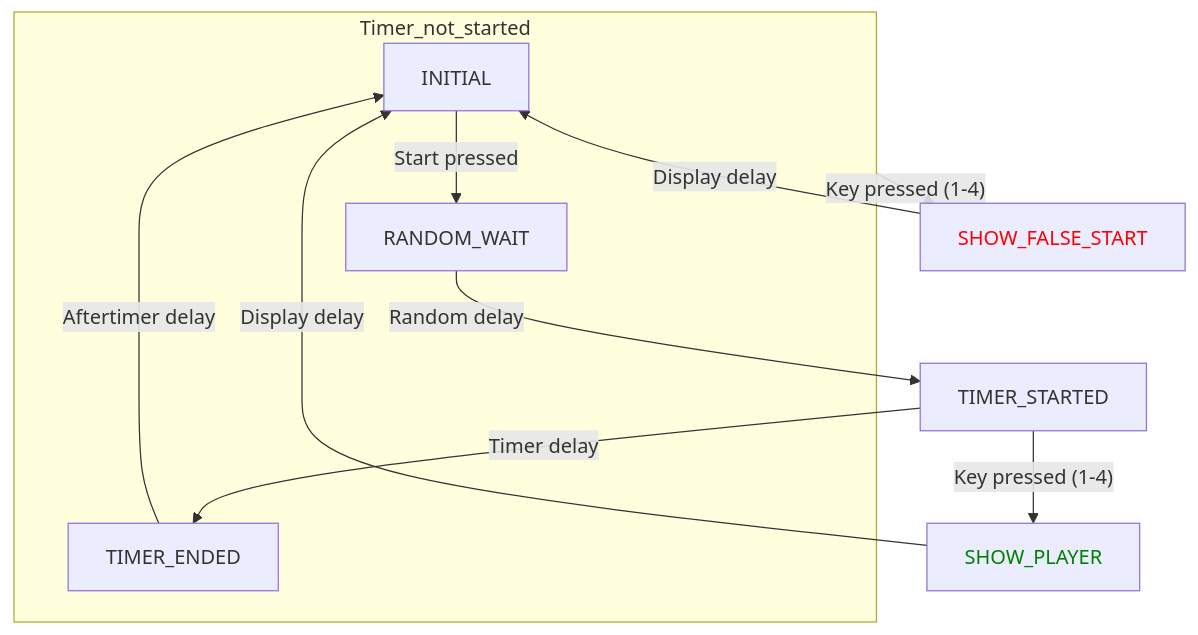
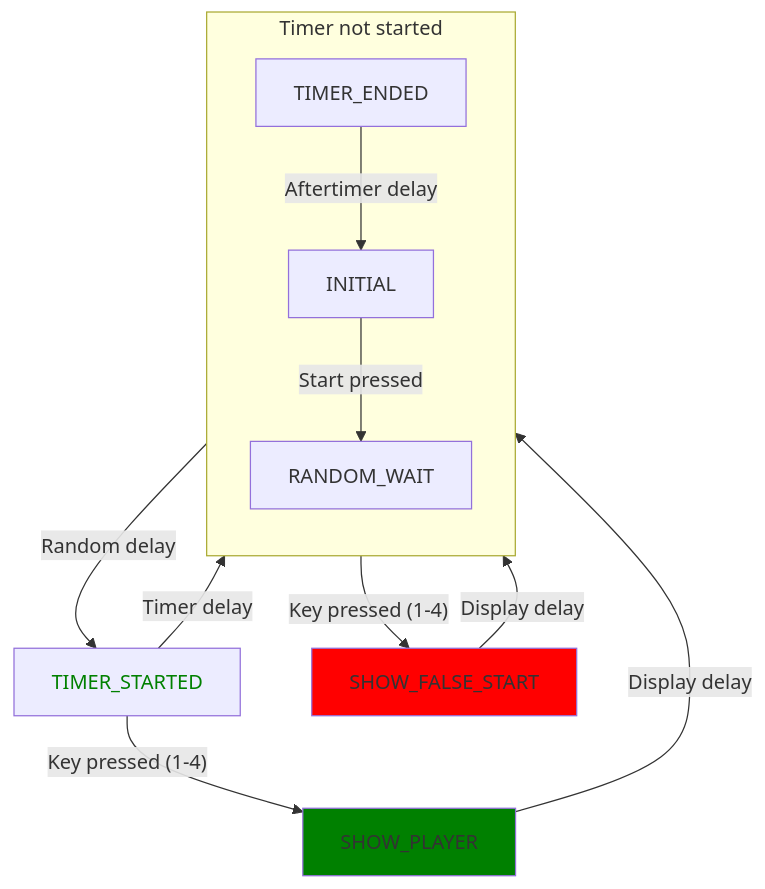
Before and after one commit to alexander-krotov/jeopardy_button: the diagram in README.md, drawn with Mermaid. The commit also changed other lines of this file, not shown here.

Commit message:
State diagram completed.

````diff
--- a/README.md
+++ b/README.md
@@ -31,15 +31,17 @@
 ```mermaid
 graph TD;
-    subgraph Timer_not_started
+    subgraph Timer_not_started["Timer not started"]
+    direction TB;
     INITIAL-->|Start pressed|RANDOM_WAIT;
     TIMER_ENDED-->|Aftertimer delay|INITIAL;
     end
     RANDOM_WAIT-->|Random delay|TIMER_STARTED;
     TIMER_STARTED-->|Timer delay|TIMER_ENDED;
     TIMER_STARTED-->|"Key pressed (1-4)"|SHOW_PLAYER;
+    style TIMER_STARTED color:green;
     SHOW_PLAYER-->|Display delay|INITIAL;
-    style SHOW_PLAYER color:green;
+    style SHOW_PLAYER fill:green;
     Timer_not_started-->|"Key pressed (1-4)"|SHOW_FALSE_START;
     SHOW_FALSE_START-->|Display delay|INITIAL;
-    style SHOW_FALSE_START color:red;
+    style SHOW_FALSE_START fill:red;
 ```
````
